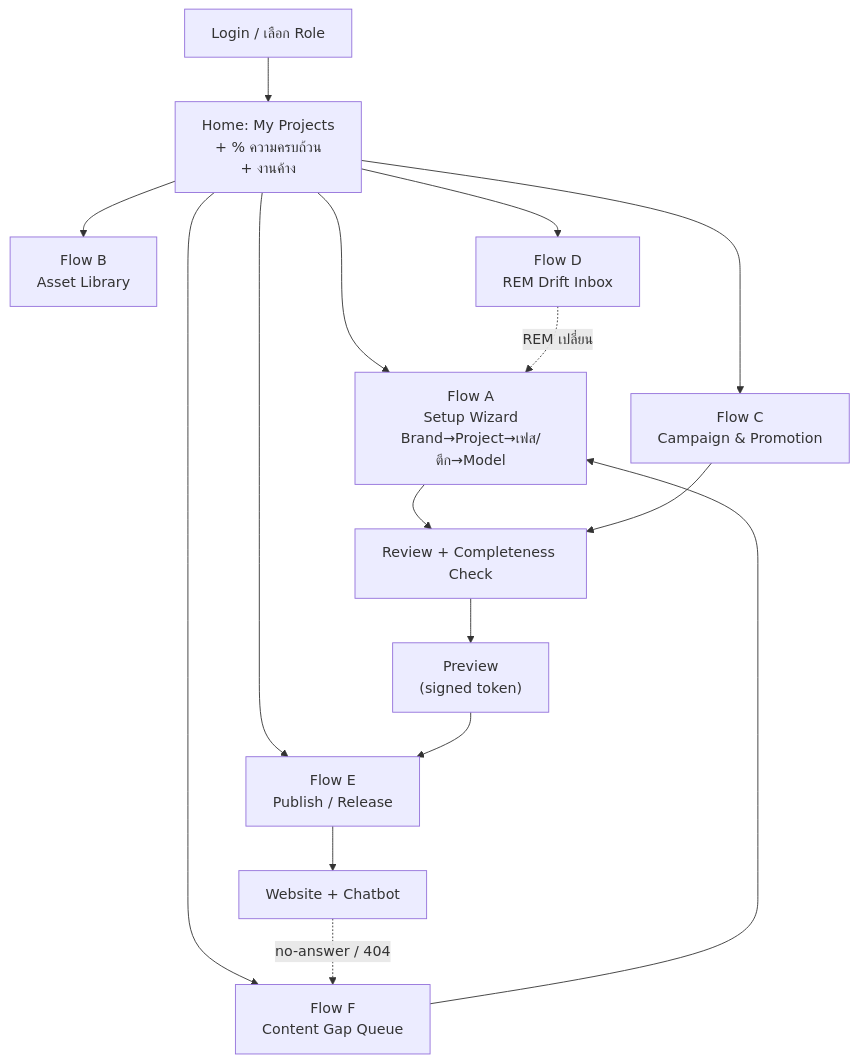
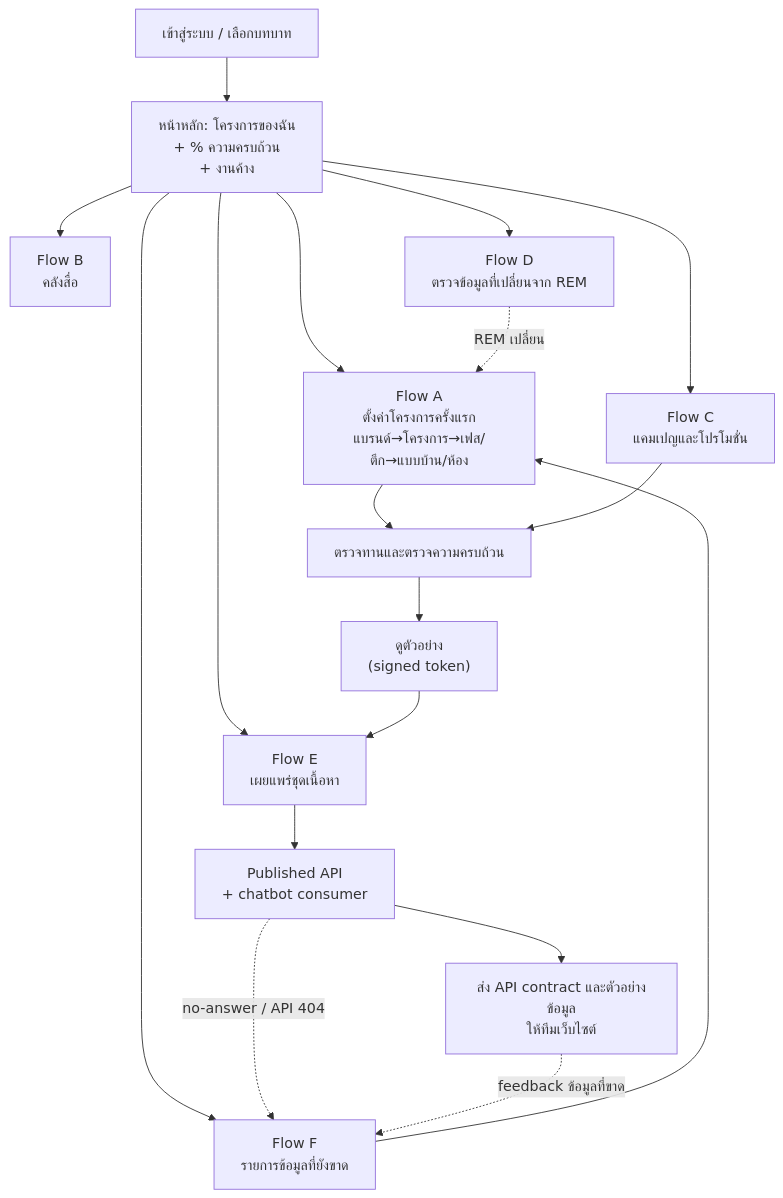
One commit to Keetawon/sena_digital_hub_mkt changed the first of 7 diagrams in docs/03-user-flows.md. Above: the diagram before and after it, drawn with Mermaid. The commit also changed other lines of this file and 13 other files, not shown here.

First line of the commit message:
docs: define residential Hub scope and website data handoff

````diff
--- a/docs/03-user-flows.md
+++ b/docs/03-user-flows.md
@@ -20,19 +39,21 @@
 ```mermaid
 flowchart TD
-    LOGIN["Login / เลือก Role"] --> HOME["Home: My Projects<br/>+ % ความครบถ้วน<br/>+ งานค้าง"]
+    LOGIN["เข้าสู่ระบบ / เลือกบทบาท"] --> HOME["หน้าหลัก: โครงการของฉัน<br/>+ % ความครบถ้วน<br/>+ งานค้าง"]
 
-    HOME --> A["Flow A<br/>Setup Wizard<br/>Brand→Project→เฟส/ตึก→Model"]
-    HOME --> B["Flow B<br/>Asset Library"]
-    HOME --> C["Flow C<br/>Campaign & Promotion"]
-    HOME --> D["Flow D<br/>REM Drift Inbox"]
-    HOME --> E["Flow E<br/>Publish / Release"]
-    HOME --> F["Flow F<br/>Content Gap Queue"]
+    HOME --> A["Flow A<br/>ตั้งค่าโครงการครั้งแรก<br/>แบรนด์→โครงการ→เฟส/ตึก→แบบบ้าน/ห้อง"]
+    HOME --> B["Flow B<br/>คลังสื่อ"]
+    HOME --> C["Flow C<br/>แคมเปญและโปรโมชั่น"]
+    HOME --> D["Flow D<br/>ตรวจข้อมูลที่เปลี่ยนจาก REM"]
+    HOME --> E["Flow E<br/>เผยแพร่ชุดเนื้อหา"]
+    HOME --> F["Flow F<br/>รายการข้อมูลที่ยังขาด"]
 
-    A --> REVIEW["Review + Completeness Check"]
+    A --> REVIEW["ตรวจทานและตรวจความครบถ้วน"]
     C --> REVIEW
-    REVIEW --> PREVIEW["Preview<br/>(signed token)"]
+    REVIEW --> PREVIEW["ดูตัวอย่าง<br/>(signed token)"]
     PREVIEW --> E
-    E --> LIVE["Website + Chatbot"]
-    LIVE -.->|no-answer / 404| F --> A
+    E --> LIVE["Published API<br/>+ chatbot consumer"]
+    LIVE -.->|no-answer / API 404| F --> A
+    LIVE --> HANDOFF["ส่ง API contract และตัวอย่างข้อมูล<br/>ให้ทีมเว็บไซต์"]
+    HANDOFF -.->|feedback ข้อมูลที่ขาด| F
     D -.->|REM เปลี่ยน| A
 ```
````
